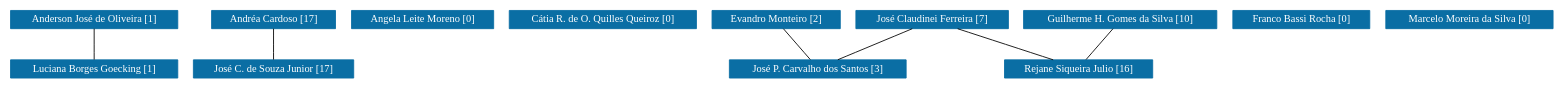
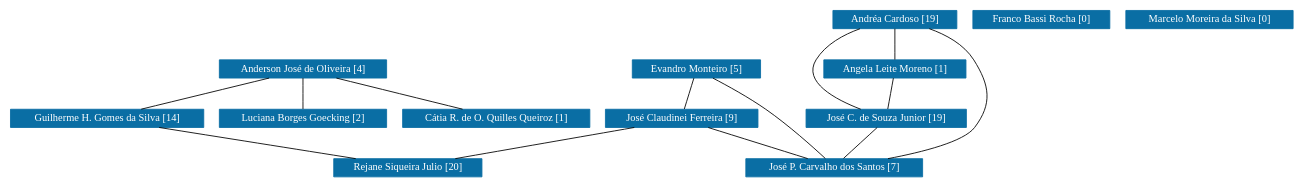
One commit to icamps/unifal-lattes.github.io changed the diagram in dm/grafoDeColaboracoesSemPesos.dot. Above: the diagram before and after it, drawn with Graphviz. The commit also changed 1227 other files, not shown here.

```diff
--- a/dm/grafoDeColaboracoesSemPesos.dot
+++ b/dm/grafoDeColaboracoesSemPesos.dot
@@ -1,108 +1,115 @@
 strict graph grafo1 {
-	graph [bb="0,0,1480,78",
+	graph [bb="0,0,1235.5,192",
 		id=grafo1,
 		overlap=False
 	];
 	node [fontsize=12,
 		label="\N",
 		shape=rectangle,
 		style=filled
 	];
 	0	 [URL="membro-1349156075777095.html",
 		color="#0A6EA4",
 		fontcolor="#FFFFFF",
 		height=0.29167,
-		label="Anderson José de Oliveira [1]",
-		pos="79,67.5",
+		label="Anderson José de Oliveira [4]",
+		pos="280.5,124.5",
 		width=2.1944];
+	3	 [URL="membro-0061488493893247.html",
+		color="#0A6EA4",
+		fontcolor="#FFFFFF",
+		height=0.29167,
+		label="Cátia R. de O. Quilles Queiroz [1]",
+		pos="467.5,67.5",
+		width=2.4861];
+	0 -- 3	 [pos="315.24,113.91 348.82,103.67 399.43,88.25 432.95,78.031"];
+	6	 [URL="membro-5817829882396943.html",
+		color="#0A6EA4",
+		fontcolor="#FFFFFF",
+		height=0.29167,
+		label="Guilherme H. Gomes da Silva [14]",
+		pos="91.5,67.5",
+		width=2.5417];
+	0 -- 6	 [pos="245.39,113.91 211.45,103.67 160.3,88.25 126.42,78.031"];
 	10	 [URL="membro-4139948635593421.html",
 		color="#0A6EA4",
 		fontcolor="#FFFFFF",
 		height=0.29167,
-		label="Luciana Borges Goecking [1]",
-		pos="79,10.5",
+		label="Luciana Borges Goecking [2]",
+		pos="280.5,67.5",
 		width=2.1944];
-	0 -- 10	 [pos="79,56.779 79,46.588 79,31.348 79,21.173"];
+	0 -- 10	 [pos="280.5,113.78 280.5,103.59 280.5,88.348 280.5,78.173"];
+	12	 [URL="membro-1798884495942862.html",
+		color="#0A6EA4",
+		fontcolor="#FFFFFF",
+		height=0.29167,
+		label="Rejane Siqueira Julio [20]",
+		pos="385.5,10.5",
+		width=1.9306];
+	6 -- 12	 [pos="145.77,56.979 198.53,46.75 278.23,31.297 331.05,21.056"];
 	1	 [URL="membro-6016565950437007.html",
 		color="#0A6EA4",
 		fontcolor="#FFFFFF",
 		height=0.29167,
-		label="Andréa Cardoso [17]",
-		pos="252,67.5",
+		label="Andréa Cardoso [19]",
+		pos="858.5,181.5",
 		width=1.625];
+	2	 [URL="membro-5106302431642025.html",
+		color="#0A6EA4",
+		fontcolor="#FFFFFF",
+		height=0.29167,
+		label="Angela Leite Moreno [1]",
+		pos="858.5,124.5",
+		width=1.875];
+	1 -- 2	 [pos="858.5,170.78 858.5,160.59 858.5,145.35 858.5,135.17"];
 	7	 [URL="membro-1690570104837528.html",
 		color="#0A6EA4",
 		fontcolor="#FFFFFF",
 		height=0.29167,
-		label="José C. de Souza Junior [17]",
-		pos="252,10.5",
+		label="José C. de Souza Junior [19]",
+		pos="850.5,67.5",
 		width=2.1111];
-	1 -- 7	 [pos="252,56.779 252,46.588 252,31.348 252,21.173"];
-	2	 [URL="membro-5106302431642025.html",
+	1 -- 7	 [pos="826.98,170.86 810.59,163.53 792.03,152 782.5,135 769.16,111.2 800.82,90.194 825.3,78.167"];
+	9	 [URL="membro-9393213180145144.html",
 		color="#0A6EA4",
 		fontcolor="#FFFFFF",
 		height=0.29167,
-		label="Angela Leite Moreno [0]",
-		pos="396,67.5",
-		width=1.875];
-	3	 [URL="membro-0061488493893247.html",
-		color="#0A6EA4",
-		fontcolor="#FFFFFF",
-		height=0.29167,
-		label="Cátia R. de O. Quilles Queiroz [0]",
-		pos="571,67.5",
-		width=2.4861];
+		label="José P. Carvalho dos Santos [7]",
+		pos="798.5,10.5",
+		width=2.3056];
+	1 -- 9	 [pos="890.42,170.96 907.03,163.67 925.83,152.14 935.5,135 952.54,104.81 955.69,85.178 935.5,57 925,42.351 883.23,29.514 848.54,21.061"];
+	2 -- 7	 [pos="857,113.78 855.56,103.59 853.43,88.348 852,78.173"];
+	7 -- 9	 [pos="840.72,56.779 831.42,46.588 817.52,31.348 808.24,21.173"];
 	4	 [URL="membro-3089568911577519.html",
 		color="#0A6EA4",
 		fontcolor="#FFFFFF",
 		height=0.29167,
-		label="Evandro Monteiro [2]",
-		pos="739,67.5",
+		label="Evandro Monteiro [5]",
+		pos="660.5,124.5",
 		width=1.6667];
-	9	 [URL="membro-9393213180145144.html",
+	4 -- 9	 [pos="677.26,113.9 691.13,104.89 711.14,91.322 727.5,78 750.45,59.313 775,34.845 788.38,21.088"];
+	8	 [URL="membro-6808752952332925.html",
 		color="#0A6EA4",
 		fontcolor="#FFFFFF",
 		height=0.29167,
-		label="José P. Carvalho dos Santos [3]",
-		pos="779,10.5",
-		width=2.3056];
-	4 -- 9	 [pos="746.52,56.779 753.68,46.588 764.37,31.348 771.51,21.173"];
+		label="José Claudinei Ferreira [9]",
+		pos="646.5,67.5",
+		width=1.9861];
+	4 -- 8	 [pos="657.87,113.78 655.36,103.59 651.62,88.348 649.12,78.173"];
+	8 -- 12	 [pos="598.32,56.979 551.48,46.75 480.73,31.297 433.84,21.056"];
+	8 -- 9	 [pos="674.73,56.912 702.04,46.674 743.17,31.25 770.42,21.031"];
 	5	 [URL="membro-0165435409542220.html",
 		color="#0A6EA4",
 		fontcolor="#FFFFFF",
 		height=0.29167,
 		label="Franco Bassi Rocha [0]",
-		pos="1244,67.5",
+		pos="999.5,181.5",
 		width=1.7778];
-	6	 [URL="membro-5817829882396943.html",
-		color="#0A6EA4",
-		fontcolor="#FFFFFF",
-		height=0.29167,
-		label="Guilherme H. Gomes da Silva [10]",
-		pos="1070,67.5",
-		width=2.5417];
-	12	 [URL="membro-1798884495942862.html",
-		color="#0A6EA4",
-		fontcolor="#FFFFFF",
-		height=0.29167,
-		label="Rejane Siqueira Julio [16]",
-		pos="1030,10.5",
-		width=1.9306];
-	6 -- 12	 [pos="1062.5,56.779 1055.3,46.588 1044.6,31.348 1037.5,21.173"];
-	8	 [URL="membro-6808752952332925.html",
-		color="#0A6EA4",
-		fontcolor="#FFFFFF",
-		height=0.29167,
-		label="José Claudinei Ferreira [7]",
-		pos="889,67.5",
-		width=1.9861];
-	8 -- 9	 [pos="868.57,56.912 848.81,46.674 819.04,31.25 799.32,21.031"];
-	8 -- 12	 [pos="915.19,56.912 940.52,46.674 978.67,31.25 1003.9,21.031"];
 	11	 [URL="membro-6715092420026095.html",
 		color="#0A6EA4",
 		fontcolor="#FFFFFF",
 		height=0.29167,
 		label="Marcelo Moreira da Silva [0]",
-		pos="1403,67.5",
+		pos="1158.5,181.5",
 		width=2.1389];
 }
```
